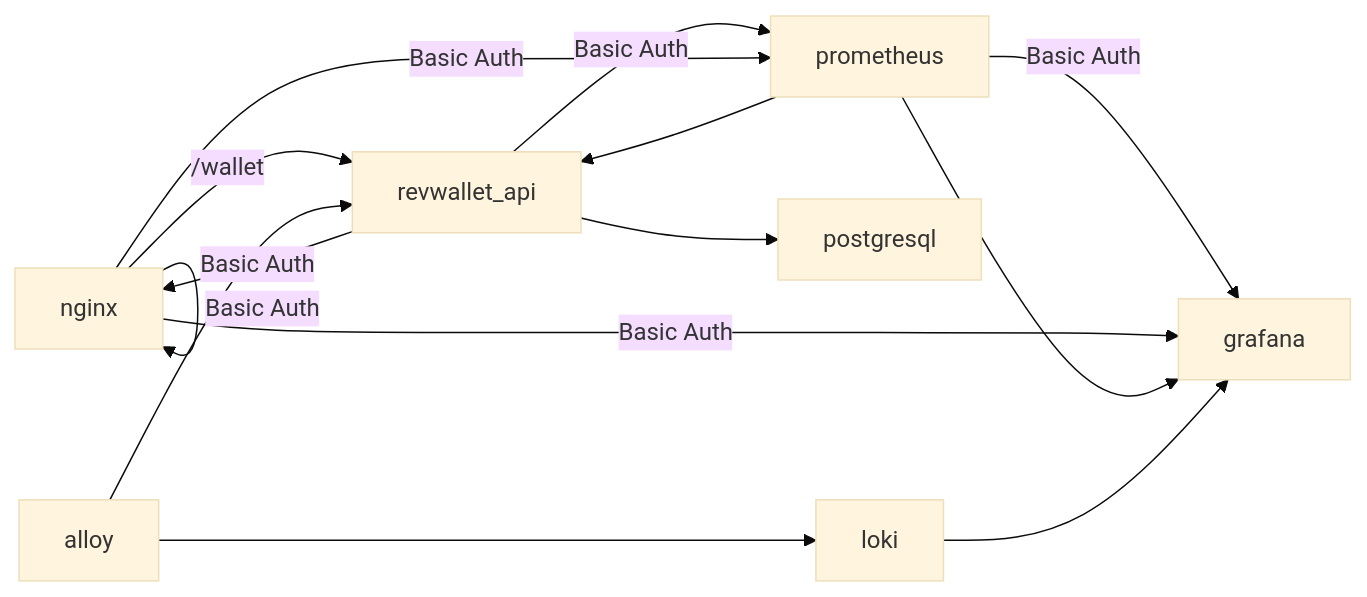
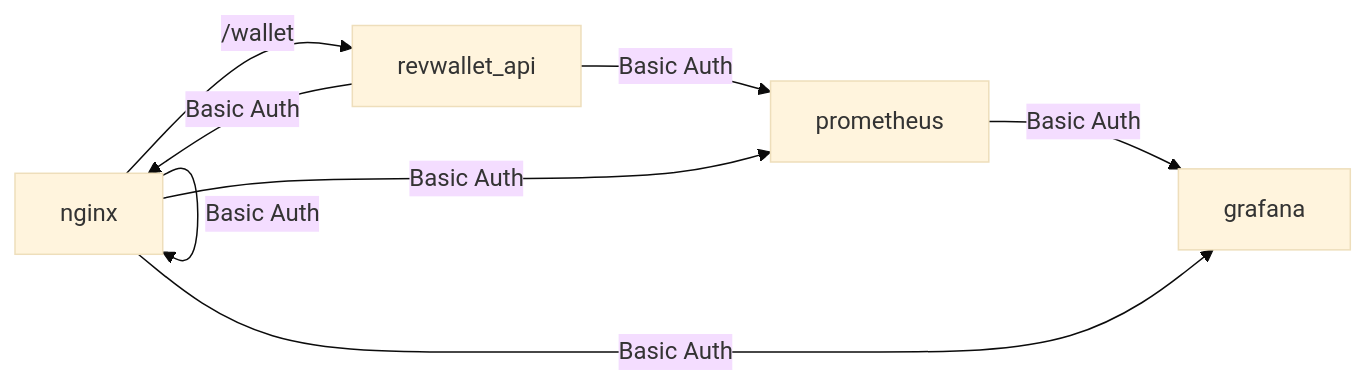
Before and after one commit to arthurjguerra/revwallet: the diagram in README.md, drawn with Mermaid (base theme).

Commit message:
feat: add arch diagram

````diff
--- a/README.md
+++ b/README.md
@@ -6,10 +6,4 @@
 ```mermaid
 flowchart LR
   nginx -- /wallet --> revwallet_api & nginx -- Basic Auth --> prometheus & nginx -- Basic Auth --> grafana
-  revwallet_api --> postgresql
-  prometheus --> revwallet_api
-  prometheus --> grafana
-  loki --> grafana
-  alloy --> revwallet_api
-  alloy --> loki
 ```
````
